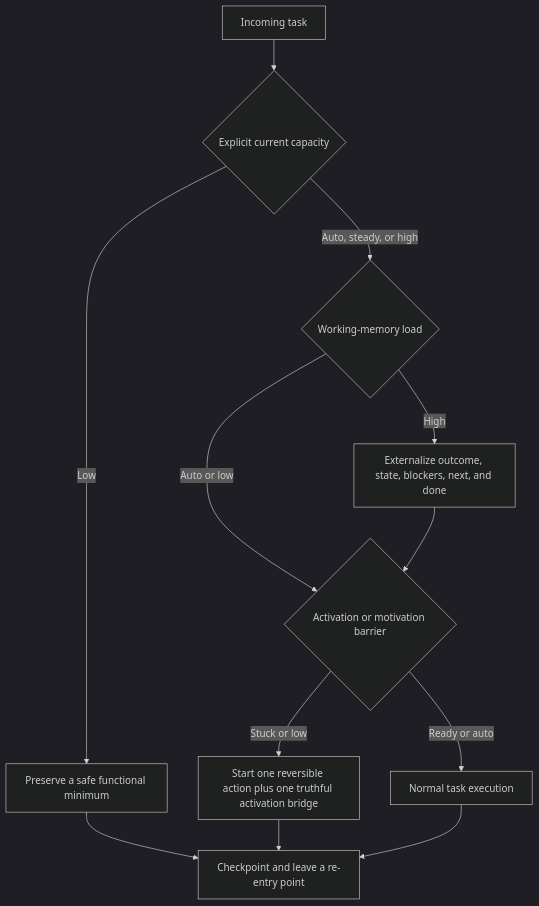
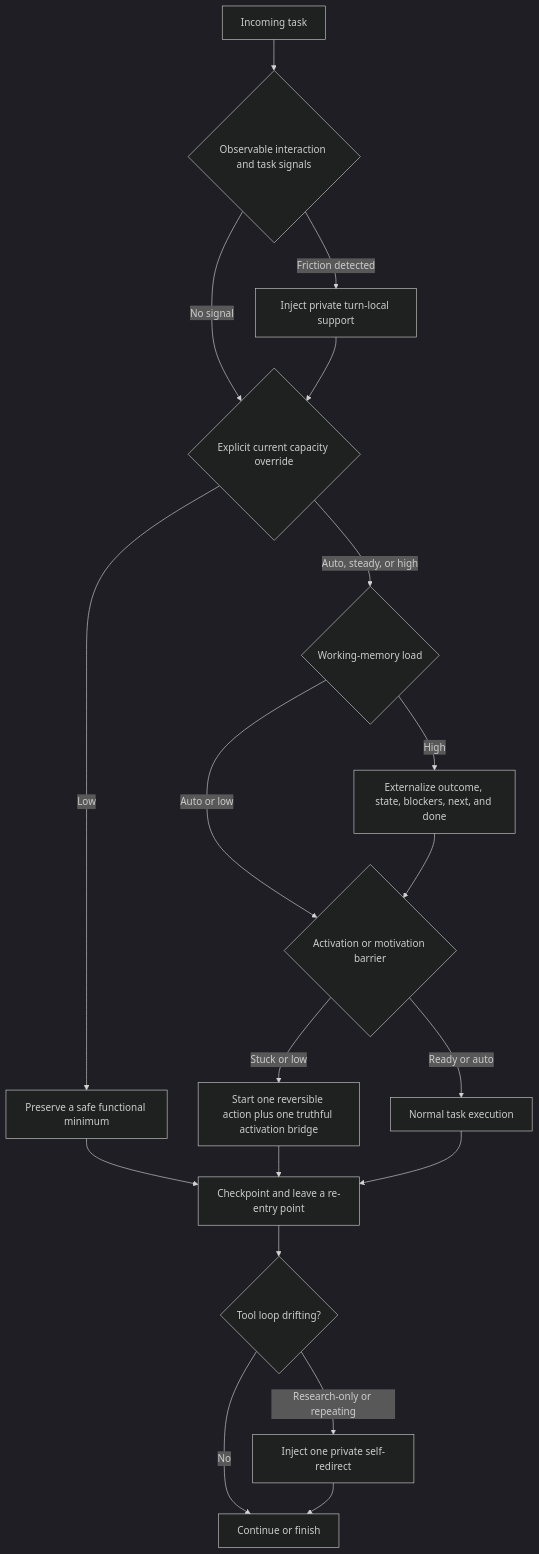
Before and after one commit to jpoindexter/Vanta: the diagram in docs/executive-function-support.md, drawn with Mermaid (dark theme). The commit also changed other lines of this file and 8 other files, not shown here.

````diff
--- a/docs/executive-function-support.md
+++ b/docs/executive-function-support.md
@@ -9,14 +11,21 @@
 ```mermaid
 flowchart TD
-  A[Incoming task] --> B{Explicit current capacity}
+  A[Incoming task] --> R{Observable interaction and task signals}
+  R -->|Friction detected| S[Inject private turn-local support]
+  R -->|No signal| B
+  S --> B{Explicit current capacity override}
   B -->|Low| C[Preserve a safe functional minimum]
   B -->|Auto, steady, or high| D{Working-memory load}
   D -->|High| E[Externalize outcome, state, blockers, next, and done]
   D -->|Auto or low| F{Activation or motivation barrier}
   E --> F
   F -->|Stuck or low| G[Start one reversible action plus one truthful activation bridge]
   F -->|Ready or auto| H[Normal task execution]
   C --> I[Checkpoint and leave a re-entry point]
   G --> I
   H --> I
+  I --> L{Tool loop drifting?}
+  L -->|Research-only or repeating| X[Inject one private self-redirect]
+  L -->|No| J[Continue or finish]
+  X --> J
 ```
````
